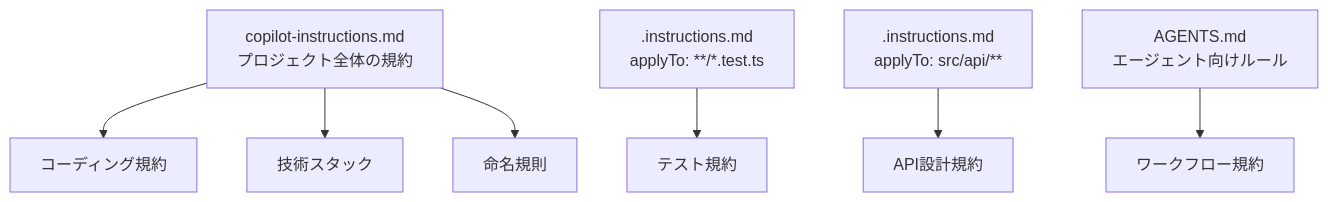
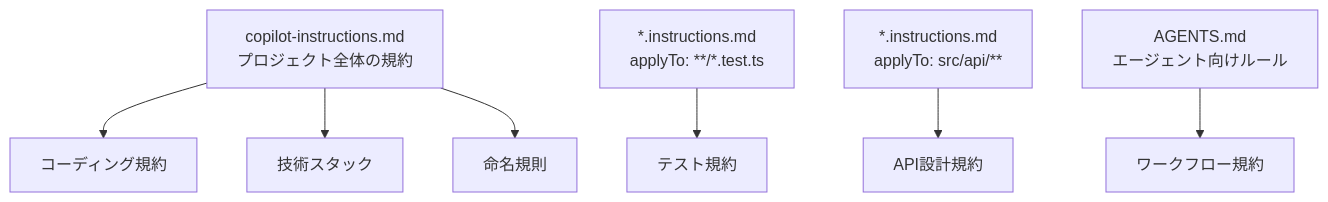
One commit to taogya/GithubCopilotCustom changed the diagram in docs/resources/diagram/01_instructions_pattern.mmd. Above: the diagram before and after it, drawn with Mermaid. The commit also changed 17 other files, not shown here.

```diff
--- a/docs/resources/diagram/01_instructions_pattern.mmd
+++ b/docs/resources/diagram/01_instructions_pattern.mmd
@@ -1,17 +1,17 @@
 graph TD
     A["copilot-instructions.md<br>プロジェクト全体の規約"] --> B["コーディング規約"]
     A --> C["技術スタック"]
     A --> D["命名規則"]
 
-    E[".instructions.md<br>applyTo: **/*.test.ts"] --> F["テスト規約"]
+    E["*.instructions.md<br>applyTo: **/*.test.ts"] --> F["テスト規約"]
 
-    G[".instructions.md<br>applyTo: src/api/**"] --> H["API設計規約"]
+    G["*.instructions.md<br>applyTo: src/api/**"] --> H["API設計規約"]
 
     I["AGENTS.md<br>エージェント向けルール"] --> J["ワークフロー規約"]
 
     class A blue
     class B,C,D neutral
     class E,G green
     class F,H neutral
     class I amber
     class J neutral
```
